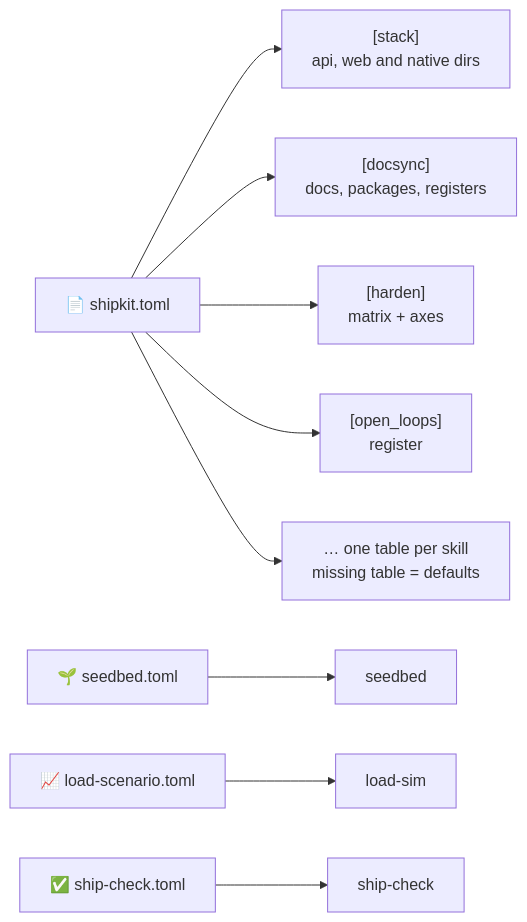
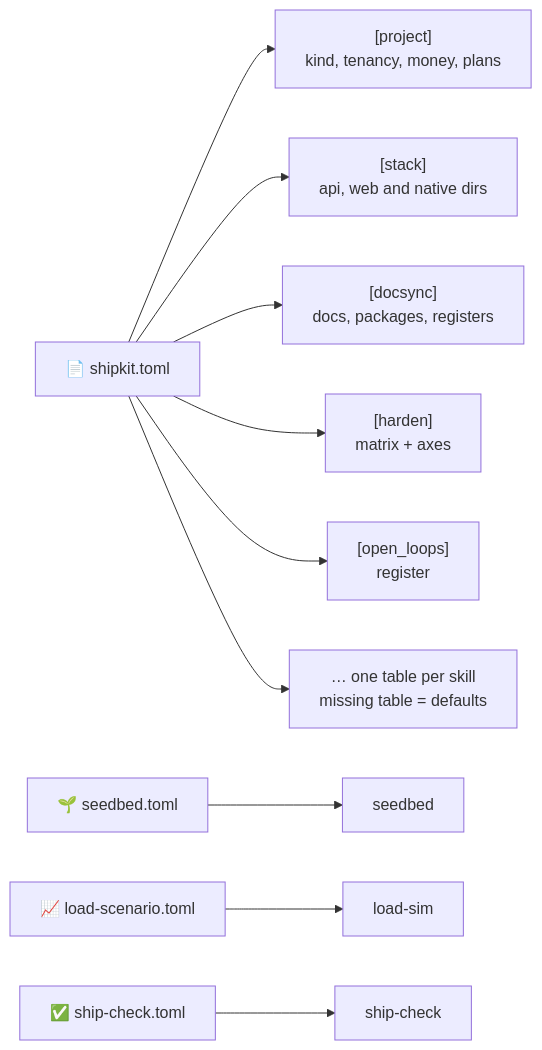
Before and after one commit to kshanxs/shipkit: the seventh of 7 diagrams in README.md, drawn with Mermaid. The commit also changed other lines of this file and 34 other files, not shown here.

````diff
--- a/README.md
+++ b/README.md
@@ -318,11 +345,12 @@
 ```mermaid
 flowchart LR
-    toml["📄 shipkit.toml"] --> stack["[stack]<br/>api, web and native dirs"]
+    toml["📄 shipkit.toml"] --> proj["[project]<br/>kind, tenancy, money, plans"]
+    toml --> stack["[stack]<br/>api, web and native dirs"]
     toml --> docsync["[docsync]<br/>docs, packages, registers"]
     toml --> hardent["[harden]<br/>matrix + axes"]
     toml --> loopst["[open_loops]<br/>register"]
     toml --> more["… one table per skill<br/>missing table = defaults"]
     seedt["🌱 seedbed.toml"] --> seedbed["seedbed"]
     loadt["📈 load-scenario.toml"] --> loadsim["load-sim"]
     shipt["✅ ship-check.toml"] --> shipc["ship-check"]
 ```
````
